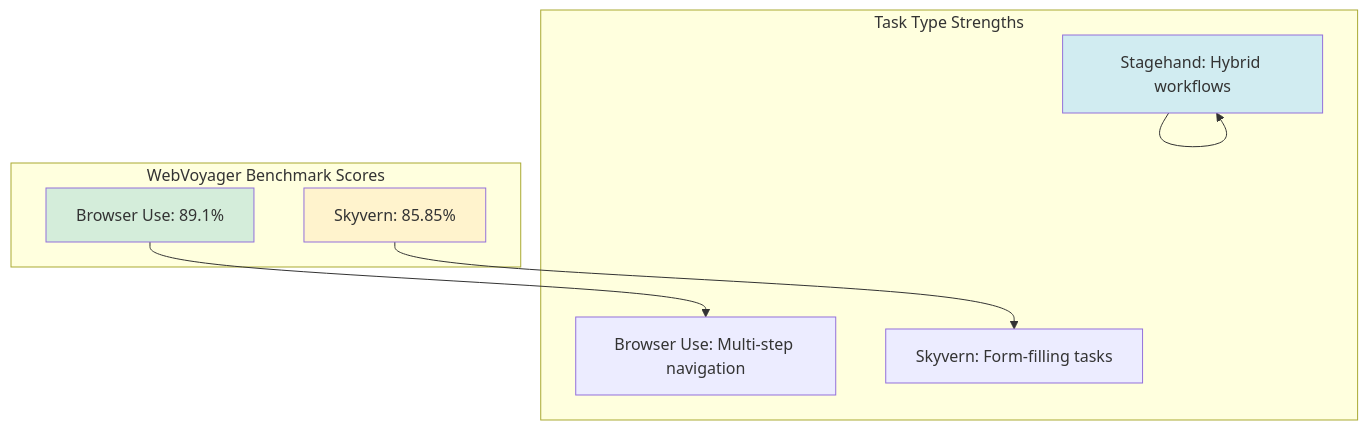
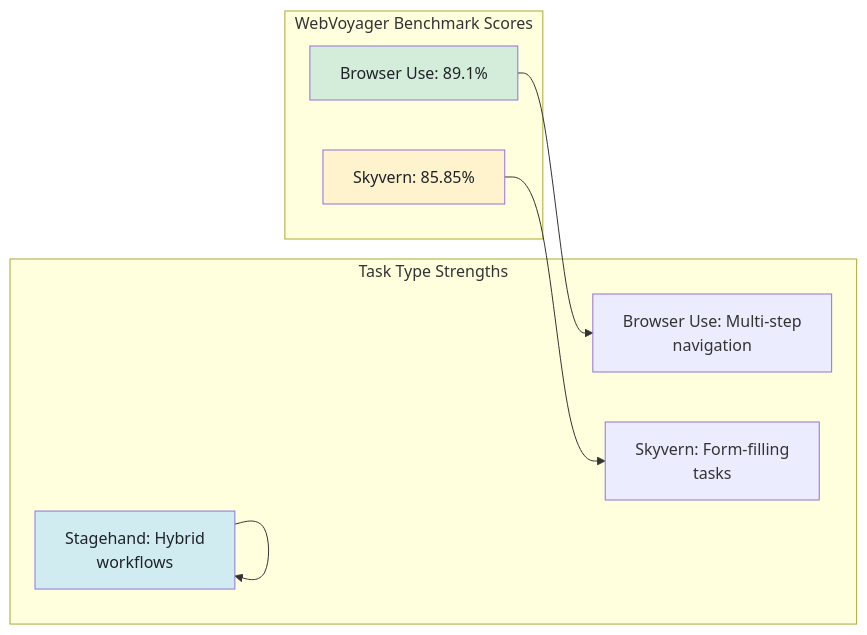
Before and after one commit to bytetunnels/bytetunnels.github.com: the fourth of 5 diagrams in _posts/2026-02-12-browser-agent-frameworks-compared-browser-use-vs-stagehand-vs-skyvern.md, drawn with Mermaid. The commit also changed other lines of this file and 118 other files, not shown here.

Commit message:
feat: improve diagram styling and compact wide flowcharts

````diff
--- a/_posts/2026-02-12-browser-agent-frameworks-compared-browser-use-vs-stagehand-vs-skyvern.md
+++ b/_posts/2026-02-12-browser-agent-frameworks-compared-browser-use-vs-stagehand-vs-skyvern.md
@@ -415,21 +415,21 @@
 ```mermaid
-graph TD
+graph LR
     subgraph "WebVoyager Benchmark Scores"
         A["Browser Use: 89.1%"]
         B["Skyvern: 85.85%"]
     end
 
     subgraph "Task Type Strengths"
-        C["Browser Use: Multi-step navigation"]
-        D["Skyvern: Form-filling tasks"]
-        E["Stagehand: Hybrid workflows"]
+        C["Browser Use: Multi-step<br/>navigation"]
+        D["Skyvern: Form-filling<br/>tasks"]
+        E["Stagehand: Hybrid<br/>workflows"]
     end
 
     A --> C
     B --> D
     E --> E
 
-    style A fill:#d4edda
-    style B fill:#fff3cd
-    style E fill:#d1ecf1
+    style A fill:#d4edda,color:#1f2328
+    style B fill:#fff3cd,color:#1f2328
+    style E fill:#d1ecf1,color:#1f2328
 ```
````
